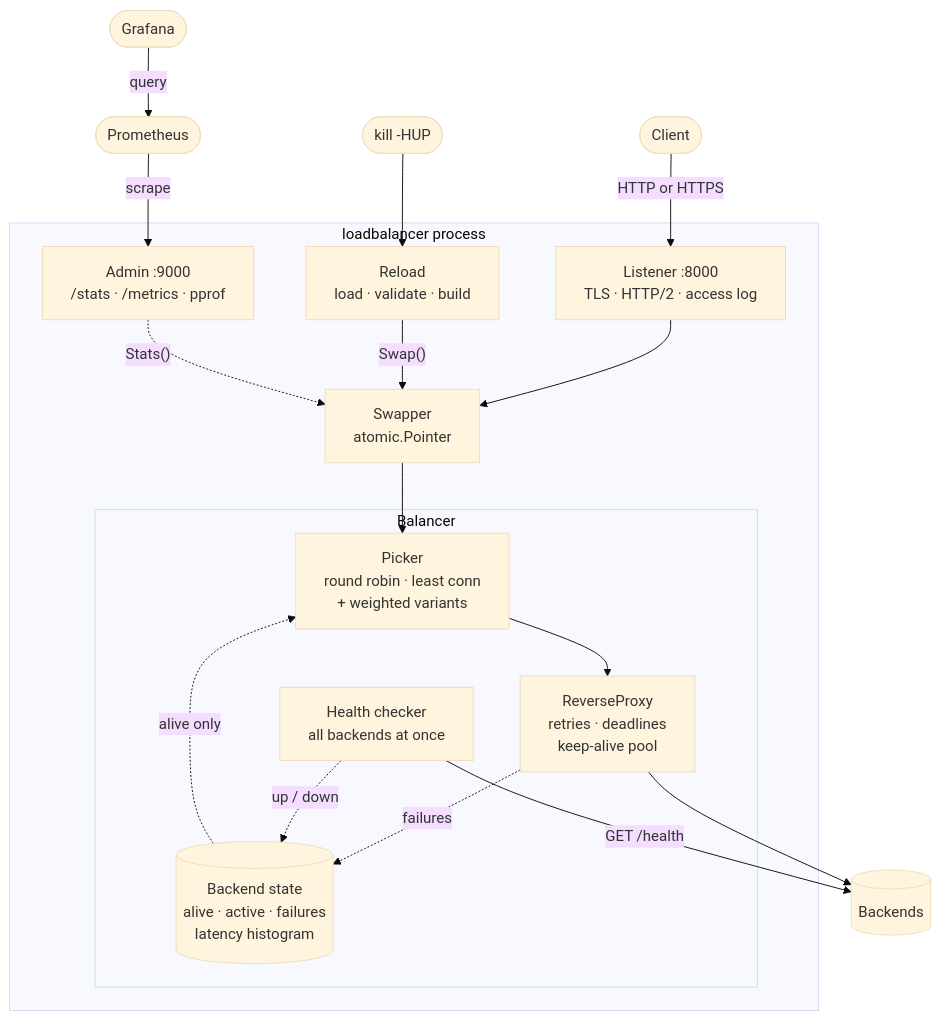
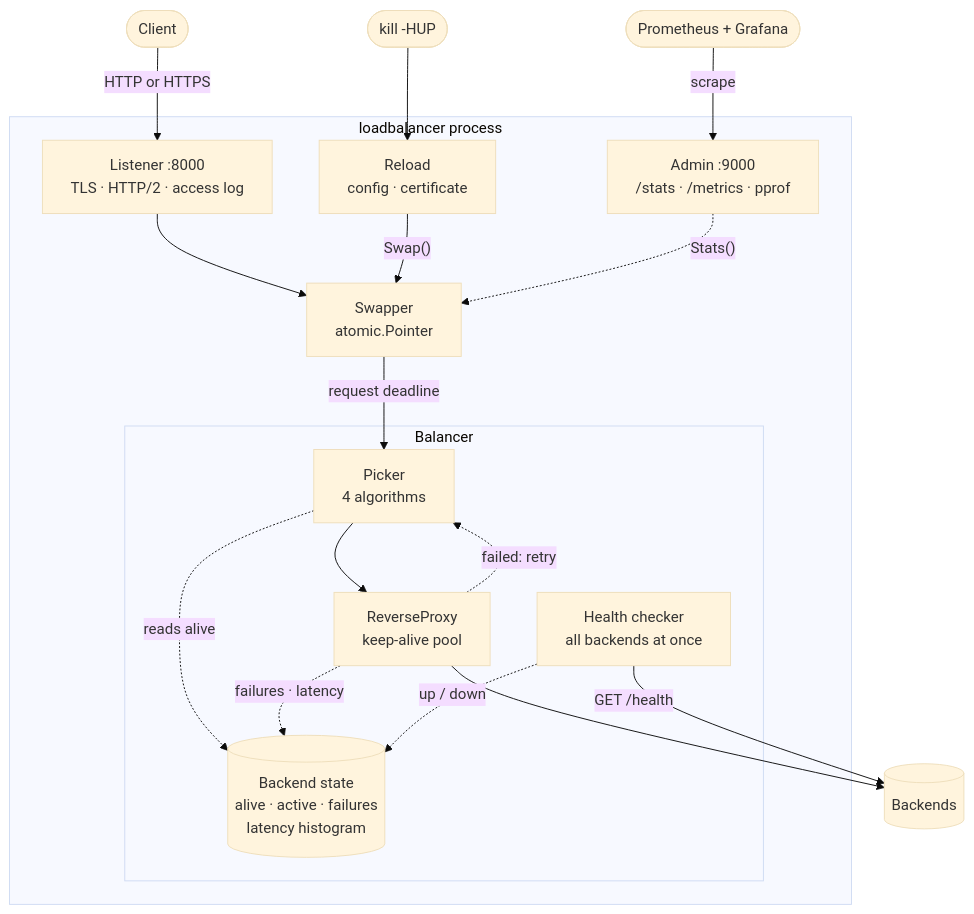
Before and after one commit to francisco3ferraz/loadbalancer: the diagram in README.md, drawn with Mermaid (base theme).

Commit message:
redraw architecture diagram

````diff
--- a/README.md
+++ b/README.md
@@ -11,25 +11,26 @@
 ```mermaid
 flowchart TB
     client([Client]) -->|HTTP or HTTPS| listener
+    sighup([kill -HUP]) --> reload
+    prometheus([Prometheus + Grafana]) -->|scrape| admin
 
     subgraph process [loadbalancer process]
         listener["Listener :8000<br/>TLS · HTTP/2 · access log"] --> swapper["Swapper<br/>atomic.Pointer"]
+        reload["Reload<br/>config · certificate"] -->|"Swap()"| swapper
+        admin["Admin :9000<br/>/stats · /metrics · pprof"] -.->|"Stats()"| swapper
+
         subgraph balancer [Balancer]
-            picker["Picker<br/>round robin · least conn<br/>+ weighted variants"] --> proxy["ReverseProxy<br/>retries · deadlines<br/>keep-alive pool"]
+            picker["Picker<br/>4 algorithms"] --> proxy["ReverseProxy<br/>keep-alive pool"]
+            proxy -.->|"failed: retry"| picker
+            health["Health checker<br/>all backends at once"]
             state[("Backend state<br/>alive · active · failures<br/>latency histogram")]
-            health["Health checker<br/>all backends at once"]
+            picker -.->|reads alive| state
+            proxy -.->|"failures · latency"| state
+            health -.->|up / down| state
         end
-        swapper --> picker
-        state -.->|alive only| picker
-        proxy -.->|failures| state
-        health -.->|up / down| state
-        reload["Reload<br/>load · validate · build"] -->|"Swap()"| swapper
-        admin["Admin :9000<br/>/stats · /metrics · pprof"] -.->|"Stats()"| swapper
+        swapper -->|"request deadline"| picker
     end
 
     proxy --> backends[(Backends)]
     health -->|GET /health| backends
-    sighup([kill -HUP]) --> reload
-    prometheus([Prometheus]) -->|scrape| admin
-    grafana([Grafana]) -->|query| prometheus
 ```
````
